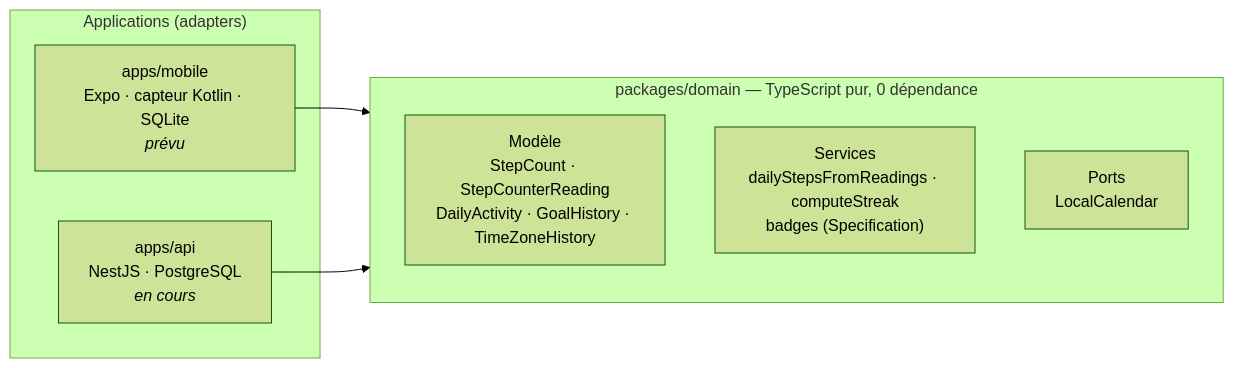
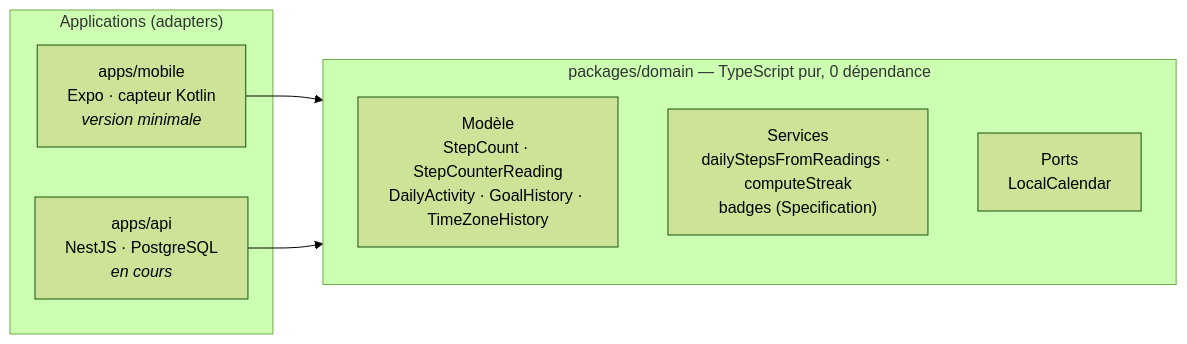
Before and after one commit to GregoireChevalierACS/StepByStep: the diagram in README.md, drawn with Mermaid (forest theme). The commit also changed other lines of this file, not shown here.

Commit message:
2026-10-12 # 9 : (docs) Lancement de l'app mobile sur le S22 dans le README

````diff
--- a/README.md
+++ b/README.md
@@ -30,14 +30,14 @@
 ```mermaid
 flowchart LR
   subgraph apps["Applications (adapters)"]
-    mobile["apps/mobile<br/>Expo · capteur Kotlin · SQLite<br/><i>prévu</i>"]
+    mobile["apps/mobile<br/>Expo · capteur Kotlin<br/><i>version minimale</i>"]
     api["apps/api<br/>NestJS · PostgreSQL<br/><i>en cours</i>"]
   end
   subgraph domain["packages/domain — TypeScript pur, 0 dépendance"]
     model["Modèle<br/>StepCount · StepCounterReading<br/>DailyActivity · GoalHistory · TimeZoneHistory"]
     services["Services<br/>dailyStepsFromReadings · computeStreak<br/>badges (Specification)"]
     ports["Ports<br/>LocalCalendar"]
   end
   mobile --> domain
   api --> domain
 ```
````
